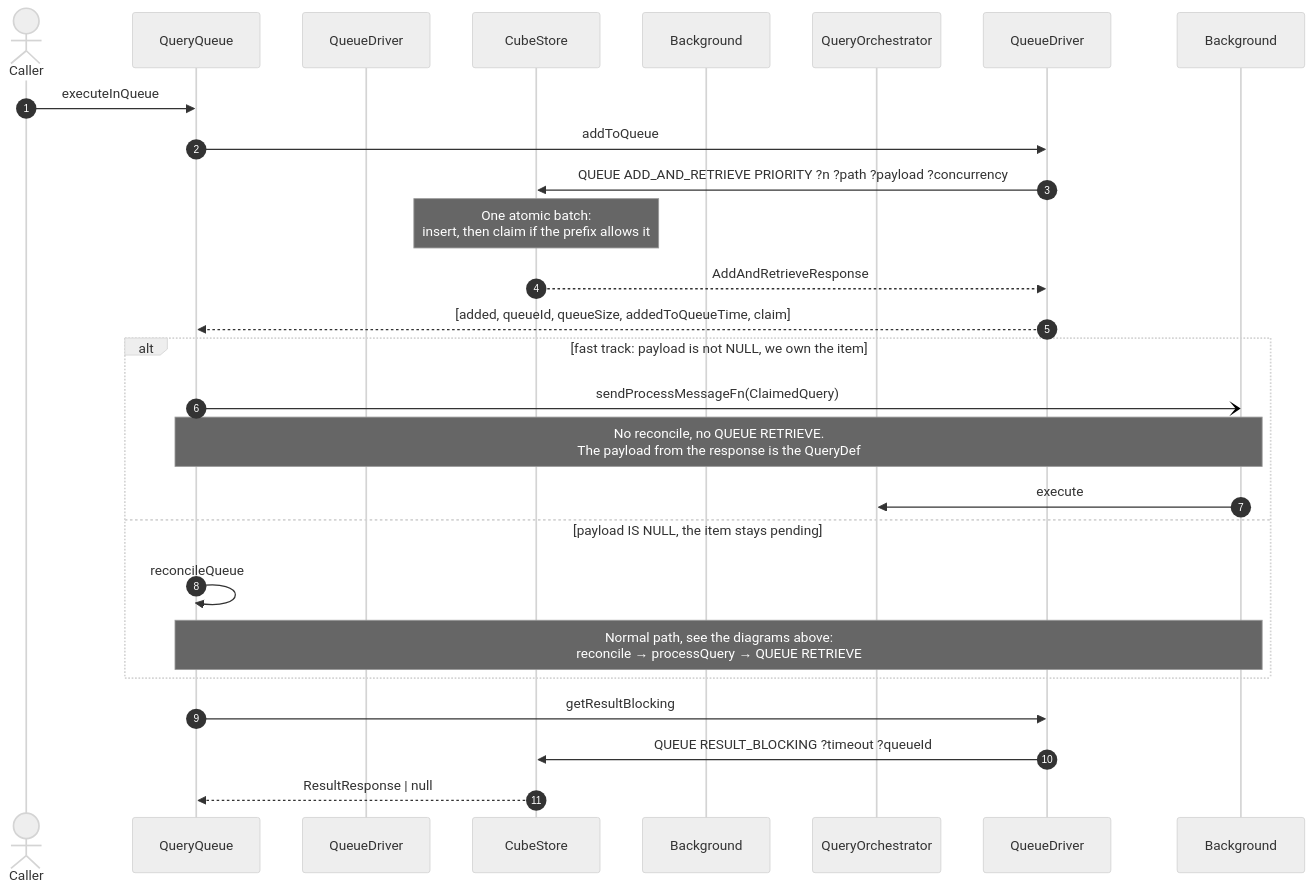
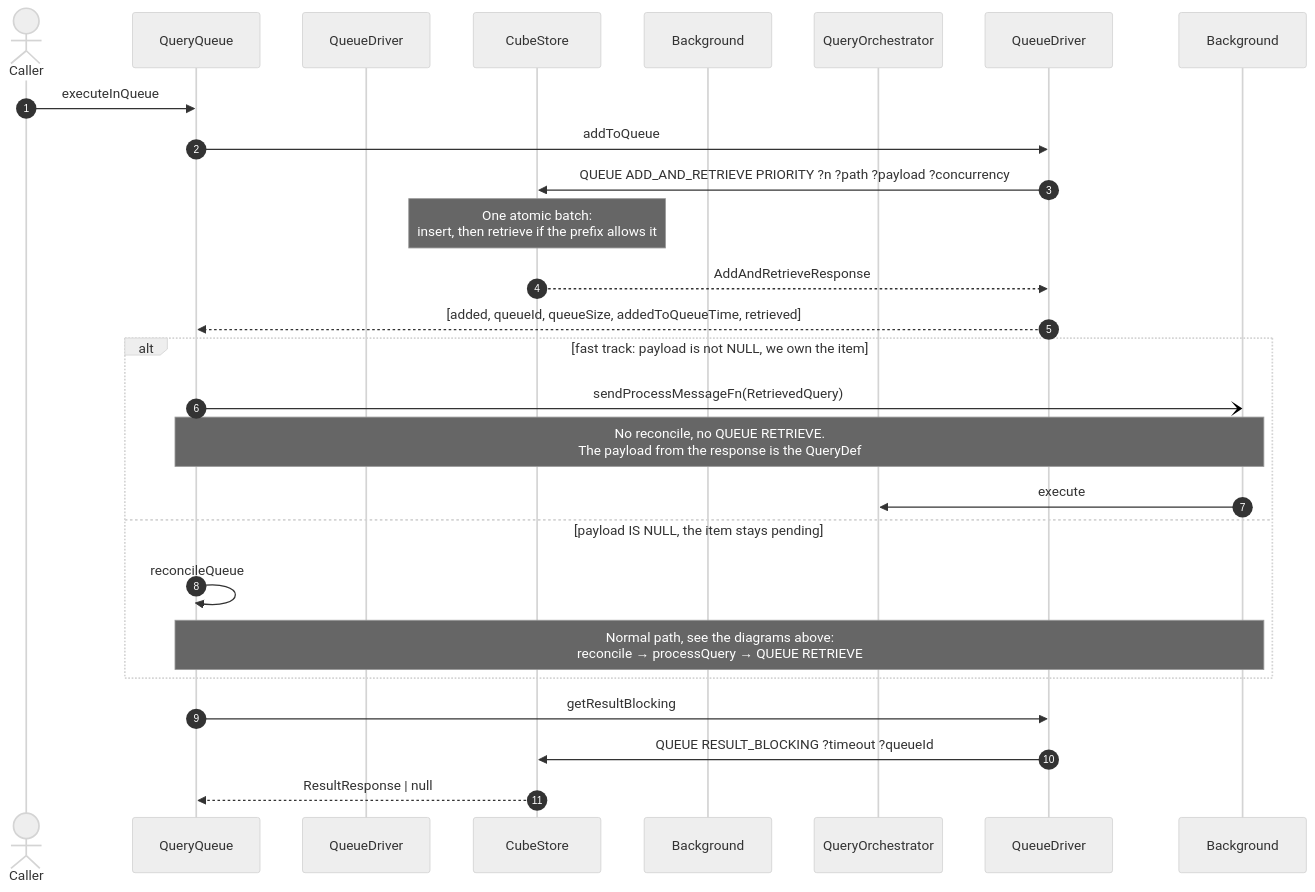
Before and after one commit to cube-js/cube: the fourth of 4 diagrams in packages/cubejs-query-orchestrator/DEVELOPMENT.md, drawn with Mermaid (neutral theme). The commit also changed other lines of this file and 5 other files, not shown here.

First line of the commit message:
refactor(query-orchestrator): rename the queue claim vocabulary to retrieve

````diff
--- a/packages/cubejs-query-orchestrator/DEVELOPMENT.md
+++ b/packages/cubejs-query-orchestrator/DEVELOPMENT.md
@@ -283,31 +283,31 @@
 ```mermaid
 sequenceDiagram
     autonumber
     actor Caller
     participant QueryQueue
     participant QueueDriverInterface as QueueDriver
     participant CubeStore
     participant BackgroundQueryQueue as Background
     participant QueryOrchestrator
 
     Caller->>QueryQueue: executeInQueue
     QueryQueue->>QueueDriver: addToQueue
 
     QueueDriver->>CubeStore: QUEUE ADD_AND_RETRIEVE PRIORITY ?n ?path ?payload ?concurrency
-    Note over CubeStore: One atomic batch:<br/>insert, then claim if the prefix allows it
+    Note over CubeStore: One atomic batch:<br/>insert, then retrieve if the prefix allows it
     CubeStore-->>QueueDriver: AddAndRetrieveResponse
-    QueueDriver-->>QueryQueue: [added, queueId, queueSize, addedToQueueTime, claim]
+    QueueDriver-->>QueryQueue: [added, queueId, queueSize, addedToQueueTime, retrieved]
 
     alt fast track: payload is not NULL, we own the item
-        QueryQueue-)Background: sendProcessMessageFn(ClaimedQuery)
+        QueryQueue-)Background: sendProcessMessageFn(RetrievedQuery)
         Note over QueryQueue,Background: No reconcile, no QUEUE RETRIEVE.<br/>The payload from the response is the QueryDef
         Background->>QueryOrchestrator: execute
     else payload IS NULL, the item stays pending
         QueryQueue->>QueryQueue: reconcileQueue
         Note over QueryQueue,Background: Normal path, see the diagrams above:<br/>reconcile → processQuery → QUEUE RETRIEVE
     end
 
     QueryQueue->>QueueDriver: getResultBlocking
     QueueDriver->>CubeStore: QUEUE RESULT_BLOCKING ?timeout ?queueId
     CubeStore-->>QueryQueue: ResultResponse | null
 ```
````
